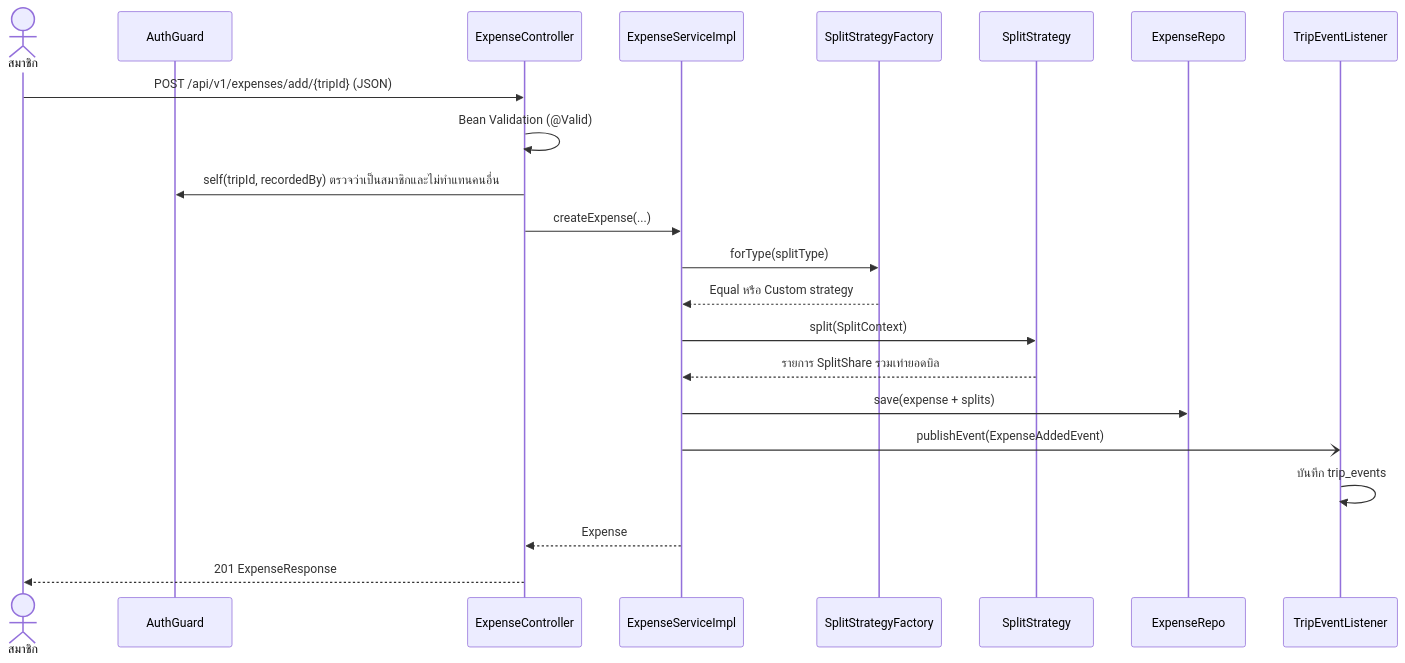
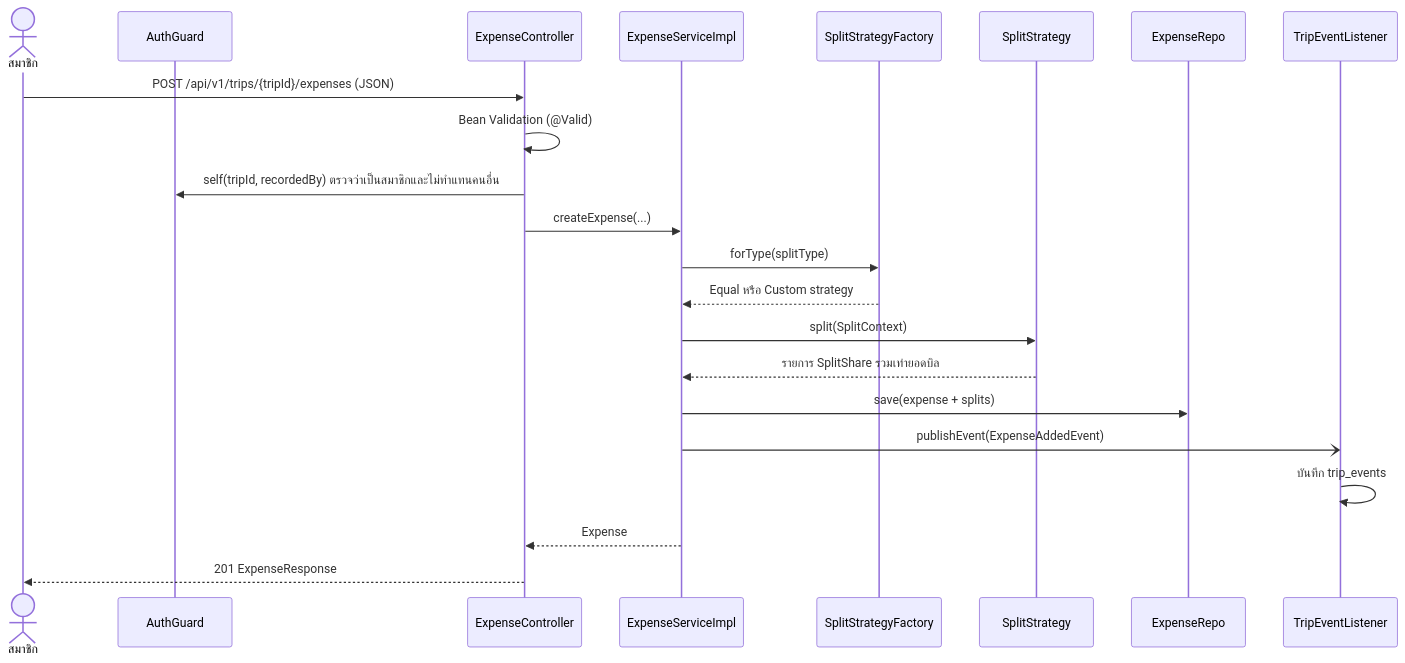
The third of 5 diagrams in doc/diagrams/04-sequence-diagrams.md (txark/Trip_Spitter), drawn with Mermaid before and after one commit. The commit also changed other lines of this file and 31 other files, not shown here.

````diff
--- a/doc/diagrams/04-sequence-diagrams.md
+++ b/doc/diagrams/04-sequence-diagrams.md
@@ -66,24 +66,24 @@
 ```mermaid
 sequenceDiagram
     actor U as สมาชิก
     participant G as AuthGuard
     participant C as ExpenseController
     participant S as ExpenseServiceImpl
     participant F as SplitStrategyFactory
     participant ST as SplitStrategy
     participant R as ExpenseRepo
     participant L as TripEventListener
-    U->>C: POST /api/v1/expenses/add/{tripId} (JSON)
+    U->>C: POST /api/v1/trips/{tripId}/expenses (JSON)
     C->>C: Bean Validation (@Valid)
     C->>G: self(tripId, recordedBy) ตรวจว่าเป็นสมาชิกและไม่ทำแทนคนอื่น
     C->>S: createExpense(...)
     S->>F: forType(splitType)
     F-->>S: Equal หรือ Custom strategy
     S->>ST: split(SplitContext)
     ST-->>S: รายการ SplitShare รวมเท่ายอดบิล
     S->>R: save(expense + splits)
     S-)L: publishEvent(ExpenseAddedEvent)
     L->>L: บันทึก trip_events
     S-->>C: Expense
     C-->>U: 201 ExpenseResponse
 ```
````
